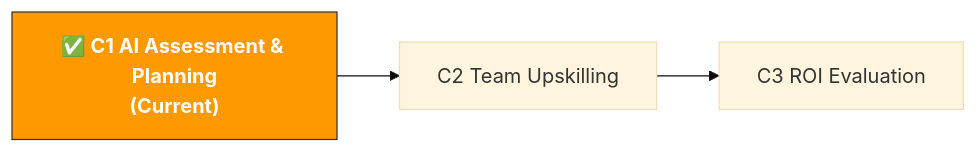
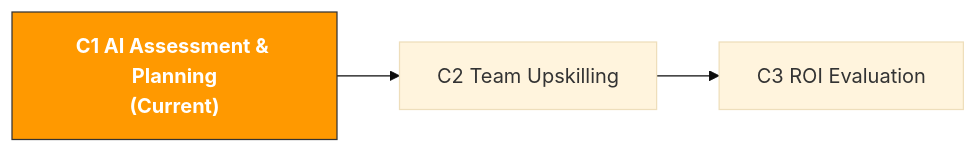
The diagram in en/paths/c-managers/c1-ai-assessment.md (kangise/ecommerce-ai-roadmap), drawn with Mermaid (base theme) before and after one commit. The commit also changed other lines of this file and 185 other files, not shown here.

````diff
--- a/en/paths/c-managers/c1-ai-assessment.md
+++ b/en/paths/c-managers/c1-ai-assessment.md
@@ -12,7 +12,7 @@
 ```mermaid
 flowchart LR
-    C1["✅ C1 AI Assessment & Planning<br/>(Current)"]:::current
-    C1 --> C2["C2 Team Upskilling"]
-    C2 --> C3["C3 ROI Evaluation"]
-    classDef current fill:#ff9900,stroke:#333,color:#fff,font-weight:bold
+C1[" C1 AI Assessment & Planning<br/>(Current)"]:::current
+C1 --> C2["C2 Team Upskilling"]
+C2 --> C3["C3 ROI Evaluation"]
+classDef current fill:#ff9900,stroke:#333,color:#fff,font-weight:bold
 ```
````
